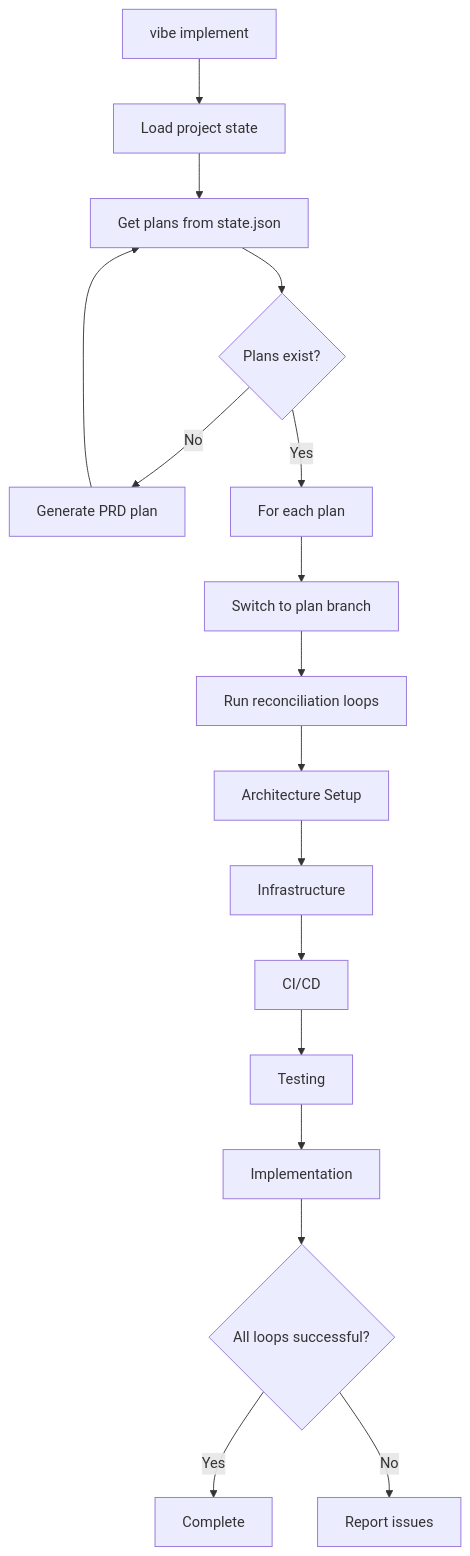
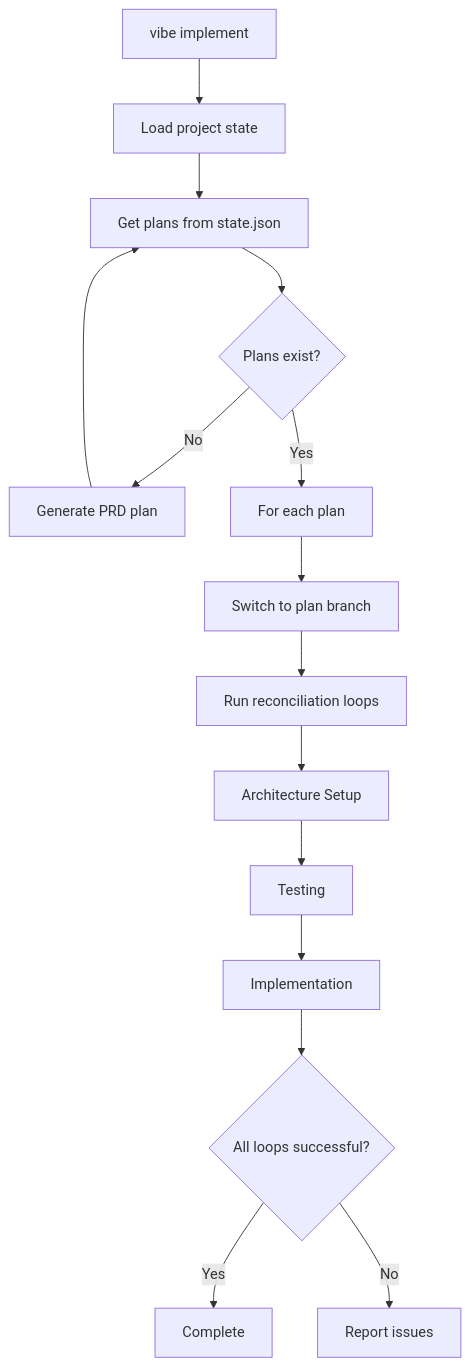
One commit to jmfk/vibe-tools changed the third of 3 diagrams in docs/02-architecture.md. Above: the diagram before and after it, drawn with Mermaid. The commit also changed other lines of this file and 7 other files, not shown here.

````diff
--- a/docs/02-architecture.md
+++ b/docs/02-architecture.md
@@ -163,19 +143,17 @@
 ```mermaid
 flowchart TD
     A[vibe implement] --> B[Load project state]
     B --> C[Get plans from state.json]
     C --> D{Plans exist?}
     D -->|No| E[Generate PRD plan]
     E --> C
     D -->|Yes| F[For each plan]
     F --> G[Switch to plan branch]
     G --> H[Run reconciliation loops]
     H --> I[Architecture Setup]
-    I --> J[Infrastructure]
-    J --> K[CI/CD]
-    K --> L[Testing]
-    L --> M[Implementation]
-    M --> N{All loops successful?}
-    N -->|Yes| O[Complete]
-    N -->|No| P[Report issues]
+    I --> J[Testing]
+    J --> K[Implementation]
+    K --> L{All loops successful?}
+    L -->|Yes| M[Complete]
+    L -->|No| N[Report issues]
 ```
````
